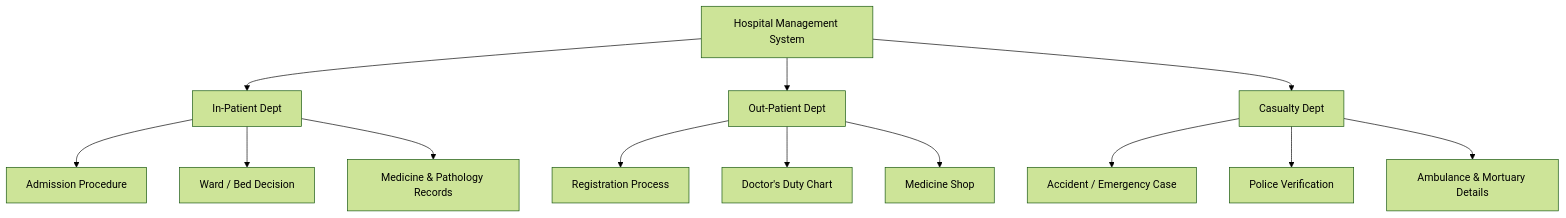
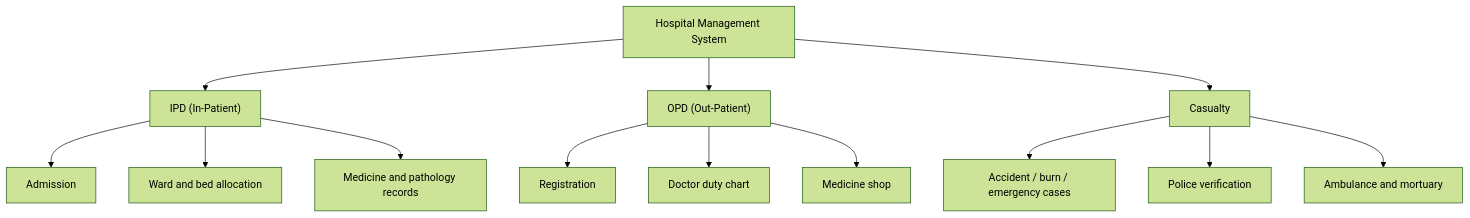
One commit to Ajay120503/ST_Notes changed the second of 41 diagrams in README.md. Above: the diagram before and after it, drawn with Mermaid (forest theme). The commit also changed other lines of this file, not shown here.

````diff
--- a/README.md
+++ b/README.md
@@ -33,15 +51,15 @@
 ```mermaid
 flowchart TD
-    HMS[Hospital Management System] --> IPD[In-Patient Dept]
-    HMS --> OPD[Out-Patient Dept]
-    HMS --> CAS[Casualty Dept]
-    IPD --> IPD1[Admission Procedure]
-    IPD --> IPD2[Ward / Bed Decision]
-    IPD --> IPD3[Medicine & Pathology Records]
-    OPD --> OPD1[Registration Process]
-    OPD --> OPD2[Doctor's Duty Chart]
-    OPD --> OPD3[Medicine Shop]
-    CAS --> CAS1[Accident / Emergency Case]
-    CAS --> CAS2[Police Verification]
-    CAS --> CAS3[Ambulance & Mortuary Details]
+    HMS["Hospital Management System"] --> IPD["IPD (In-Patient)"]
+    HMS --> OPD["OPD (Out-Patient)"]
+    HMS --> CAS["Casualty"]
+    IPD --> A1["Admission"]
+    IPD --> A2["Ward and bed allocation"]
+    IPD --> A3["Medicine and pathology records"]
+    OPD --> B1["Registration"]
+    OPD --> B2["Doctor duty chart"]
+    OPD --> B3["Medicine shop"]
+    CAS --> C1["Accident / burn / emergency cases"]
+    CAS --> C2["Police verification"]
+    CAS --> C3["Ambulance and mortuary"]
 ```
````
